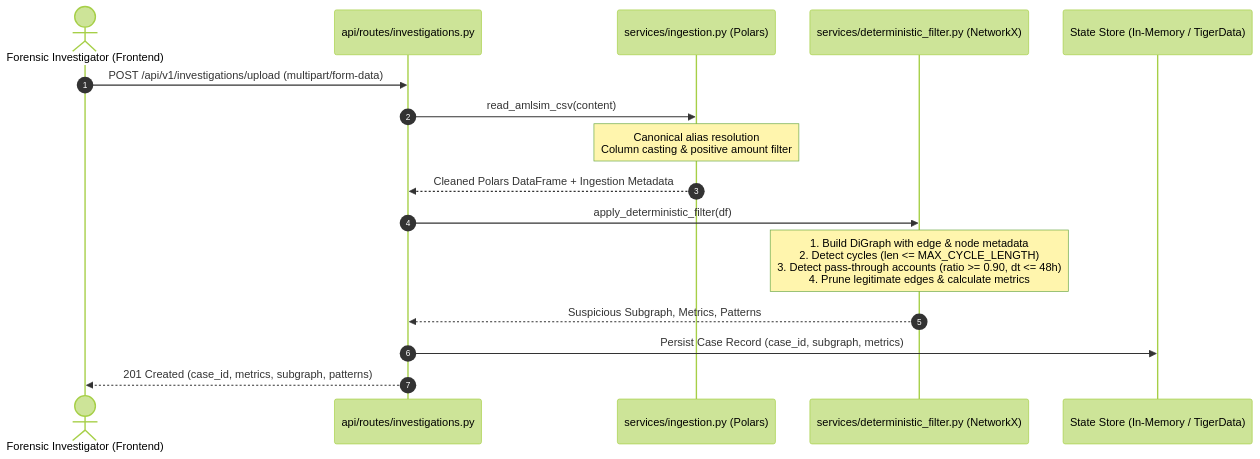
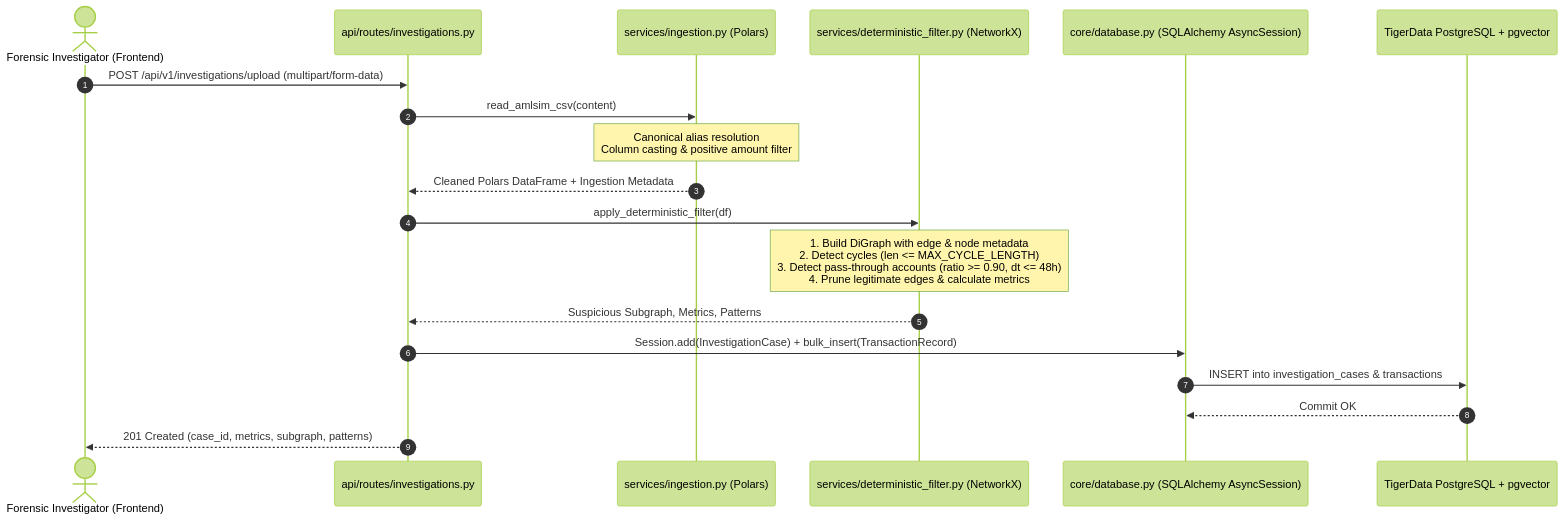
Before and after one commit to oscarvasquez28/HackMty2026-InfoSys: the first of 4 diagrams in doc/backend/README.md, drawn with Mermaid (forest theme). The commit also changed other lines of this file and 5 other files, not shown here.

First line of the commit message:
docs: synchronize system architecture, backend, and frontend documentation hubs

````diff
--- a/doc/backend/README.md
+++ b/doc/backend/README.md
@@ -47,19 +60,22 @@
 ```mermaid
 sequenceDiagram
     autonumber
     actor Client as Forensic Investigator (Frontend)
     participant Route as api/routes/investigations.py
     participant Ingest as services/ingestion.py (Polars)
     participant Filter as services/deterministic_filter.py (NetworkX)
-    participant Store as State Store (In-Memory / TigerData)
+    participant DB as core/database.py (SQLAlchemy AsyncSession)
+    participant PG as TigerData PostgreSQL + pgvector
 
     Client->>Route: POST /api/v1/investigations/upload (multipart/form-data)
     Route->>Ingest: read_amlsim_csv(content)
     Note over Ingest: Canonical alias resolution<br/>Column casting & positive amount filter
     Ingest-->>Route: Cleaned Polars DataFrame + Ingestion Metadata
     Route->>Filter: apply_deterministic_filter(df)
     Note over Filter: 1. Build DiGraph with edge & node metadata<br/>2. Detect cycles (len <= MAX_CYCLE_LENGTH)<br/>3. Detect pass-through accounts (ratio >= 0.90, dt <= 48h)<br/>4. Prune legitimate edges & calculate metrics
     Filter-->>Route: Suspicious Subgraph, Metrics, Patterns
-    Route->>Store: Persist Case Record (case_id, subgraph, metrics)
+    Route->>DB: Session.add(InvestigationCase) + bulk_insert(TransactionRecord)
+    DB->>PG: INSERT into investigation_cases & transactions
+    PG-->>DB: Commit OK
     Route-->>Client: 201 Created (case_id, metrics, subgraph, patterns)
 ```
````
